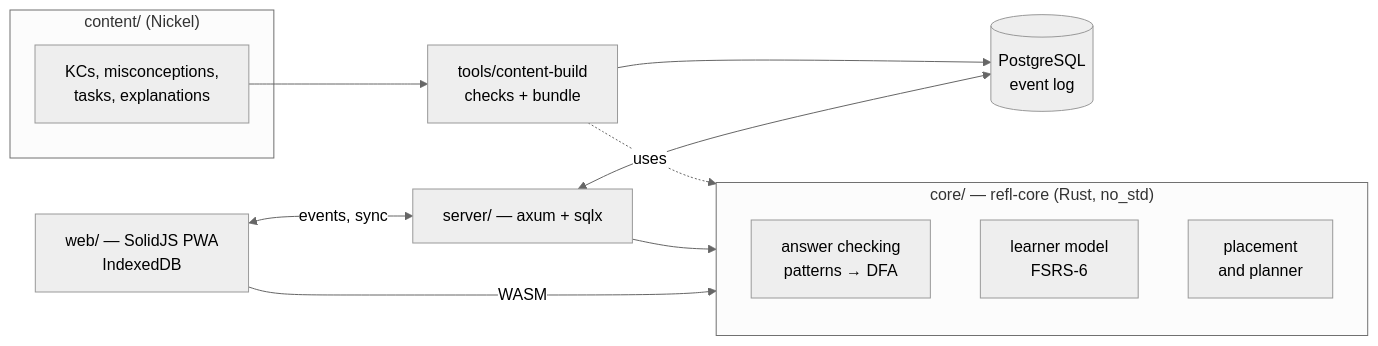
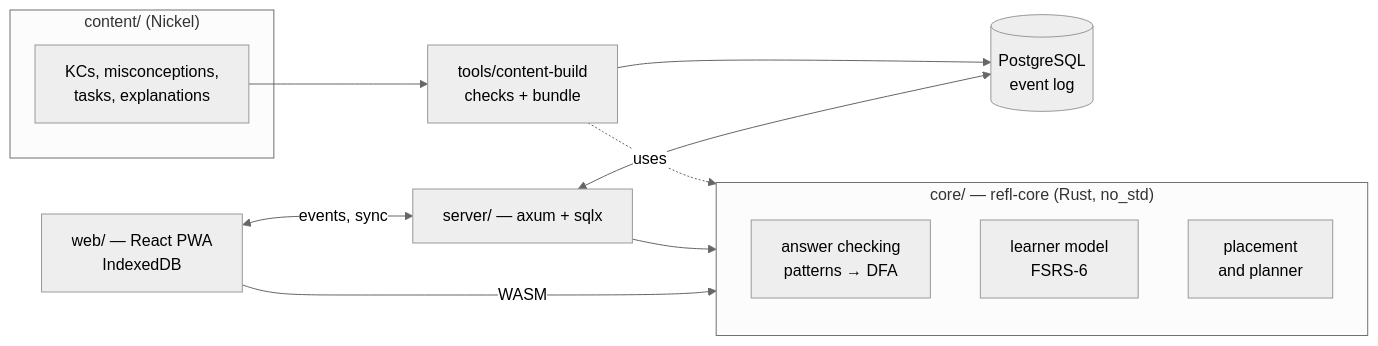
The second of 2 diagrams in README.md (shkrjnv/refl), drawn with Mermaid (neutral theme) before and after one commit. The commit also changed other lines of this file and 32 other files, not shown here.

````diff
--- a/README.md
+++ b/README.md
@@ -313,21 +313,21 @@
 ```mermaid
 flowchart LR
   subgraph content["content/ (Nickel)"]
     N[KCs, misconceptions,<br/>tasks, explanations]
   end
   CB["tools/content-build<br/>checks + bundle"]
   subgraph core["core/ — refl-core (Rust, no_std)"]
     A[answer checking<br/>patterns → DFA]
     M[learner model<br/>FSRS-6]
     P[placement<br/>and planner]
   end
   S["server/ — axum + sqlx"]
   DB[(PostgreSQL<br/>event log)]
-  W["web/ — SolidJS PWA<br/>IndexedDB"]
+  W["web/ — React PWA<br/>IndexedDB"]
   N --> CB --> DB
   CB -. uses .-> core
   S --> core
   W -- WASM --> core
   S <--> DB
   W <-- events, sync --> S
 ```
````
